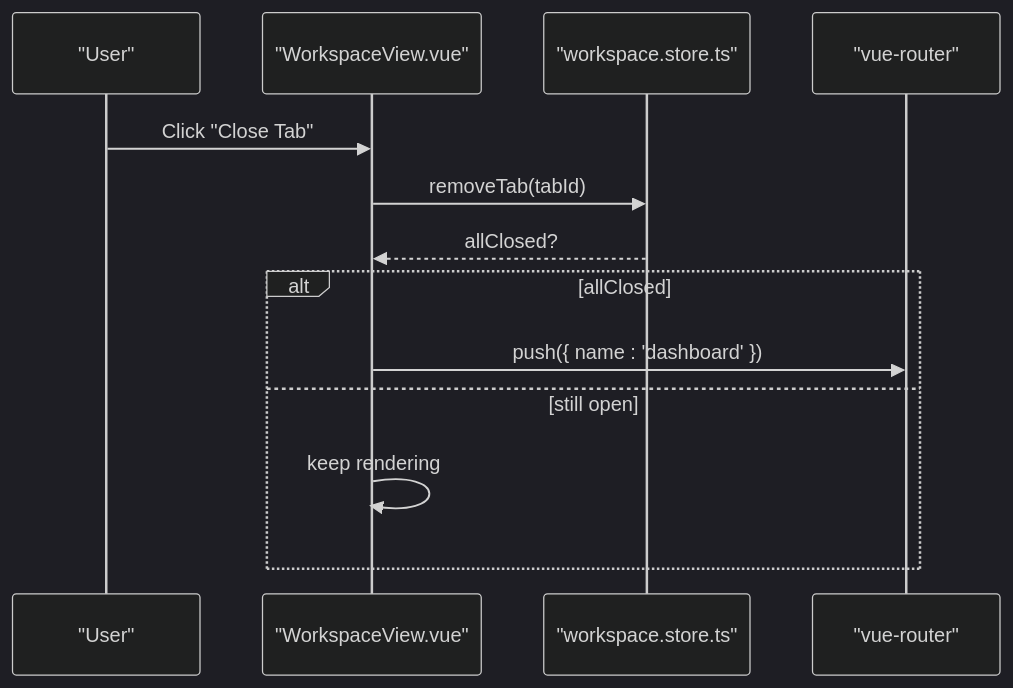
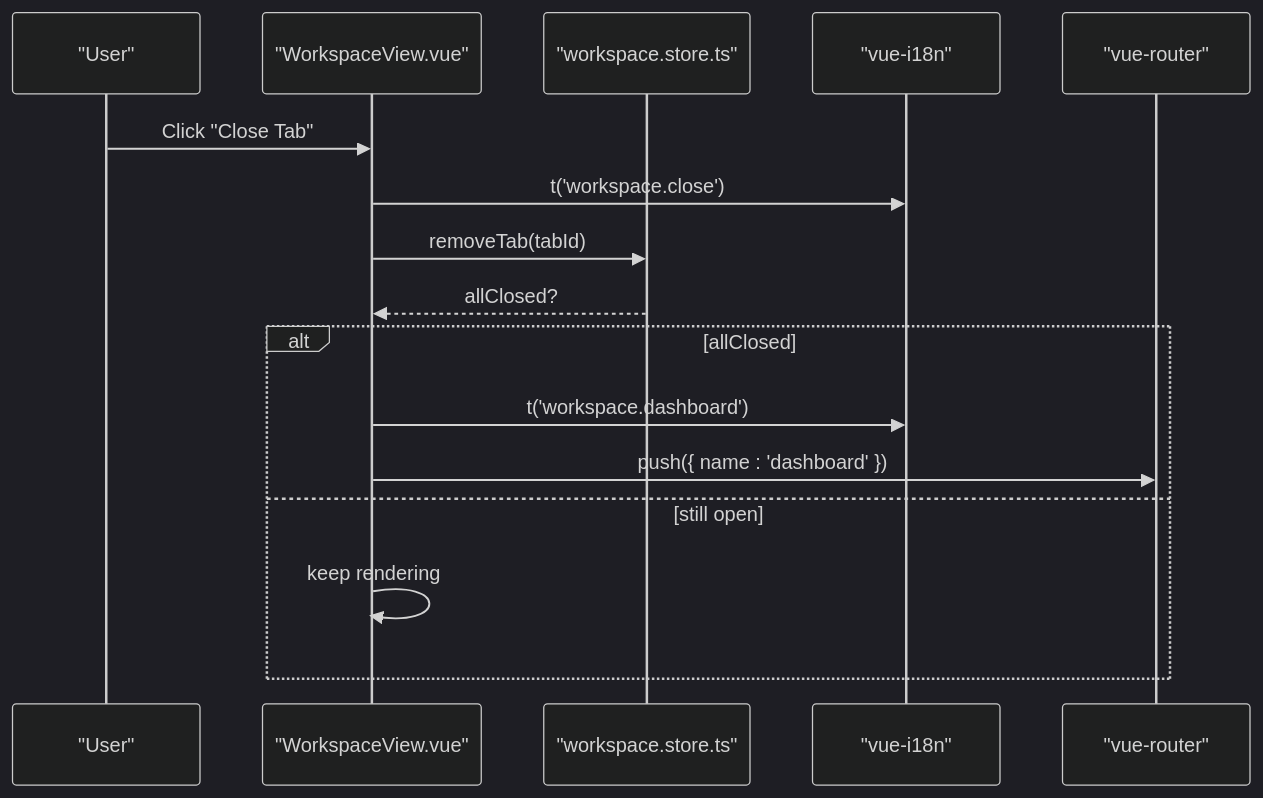
One commit to alickjoe/webterm changed the seventh of 11 diagrams in .qoder/repowiki/en/content/Frontend Application Architecture/Vue.js Application Structure.md. Above: the diagram before and after it, drawn with Mermaid (dark theme). The commit also changed other lines of this file and 3 other files, not shown here.

First line of the commit message:
docs(architecture): 更新架构概览文档内容排版和格式

````diff
--- a/.qoder/repowiki/en/content/Frontend Application Architecture/Vue.js Application Structure.md
+++ b/.qoder/repowiki/en/content/Frontend Application Architecture/Vue.js Application Structure.md
@@ -297,15 +392,18 @@
 ```mermaid
 sequenceDiagram
 participant U as "User"
 participant WV as "WorkspaceView.vue"
 participant WS as "workspace.store.ts"
+participant I18n as "vue-i18n"
 participant Router as "vue-router"
 U->>WV : Click "Close Tab"
+WV->>I18n : t('workspace.close')
 WV->>WS : removeTab(tabId)
 WS-->>WV : allClosed?
 alt allClosed
+WV->>I18n : t('workspace.dashboard')
 WV->>Router : push({ name : 'dashboard' })
 else still open
 WV->>WV : keep rendering
 end
 ```
````
